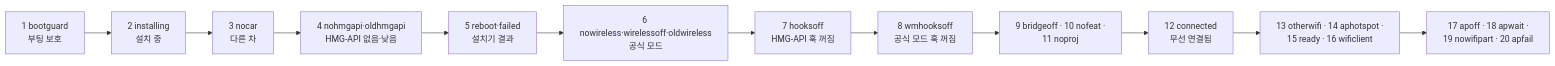
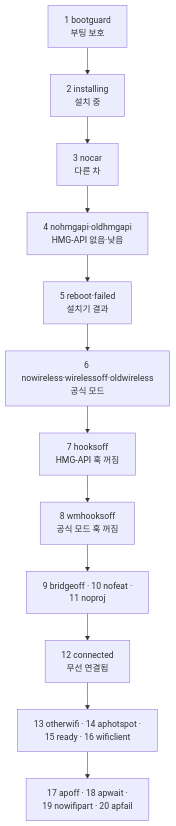
Before and after one commit to jay-park-lab/hmgapi-nx4-kor: the sixth of 7 diagrams in docs/flow.md, drawn with Mermaid. The commit also changed other lines of this file and 1 other file, not shown here.

First line of the commit message:
Apply PR #54 review 1-6: readable verdict chart, flow as the code runs

````diff
--- a/docs/flow.md
+++ b/docs/flow.md
@@ -146,14 +177,14 @@
 ```mermaid
-flowchart LR
+flowchart TD
   A["1 bootguard<br/>부팅 보호"] --> B["2 installing<br/>설치 중"]
   B --> C["3 nocar<br/>다른 차"]
   C --> D["4 nohmgapi·oldhmgapi<br/>HMG-API 없음·낮음"]
   D --> E["5 reboot·failed<br/>설치기 결과"]
   E --> F["6 nowireless·wirelessoff·oldwireless<br/>공식 모드"]
   F --> G["7 hooksoff<br/>HMG-API 훅 꺼짐"]
   G --> H["8 wmhooksoff<br/>공식 모드 훅 꺼짐"]
   H --> I["9 bridgeoff · 10 nofeat ·<br/>11 noproj"]
   I --> J["12 connected<br/>무선 연결됨"]
   J --> K["13 otherwifi · 14 aphotspot ·<br/>15 ready · 16 wificlient"]
   K --> L["17 apoff · 18 apwait ·<br/>19 nowifipart · 20 apfail"]
 ```
````
